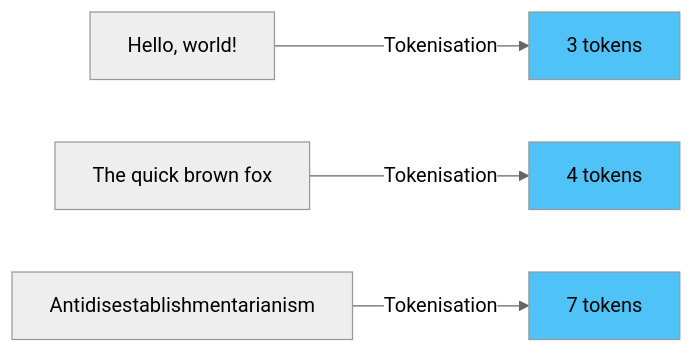
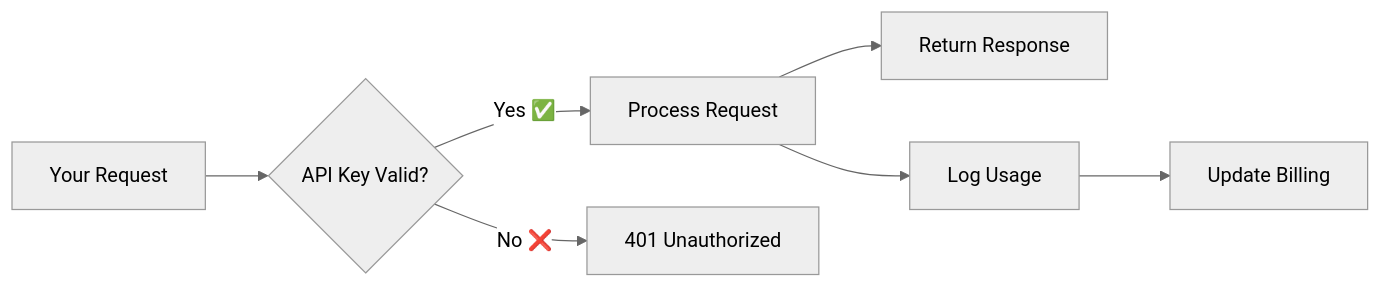
The third of 6 diagrams in public/data/workshops/workshop-02-morning-ai-api-access/01_concepts.md (DreamLab-AI/dreamlab-ai-website), drawn with Mermaid (neutral theme) before and after one commit. The commit also changed other lines of this file and 73 other files, not shown here.

````diff
--- a/public/data/workshops/workshop-02-morning-ai-api-access/01_concepts.md
+++ b/public/data/workshops/workshop-02-morning-ai-api-access/01_concepts.md
@@ -112,10 +116,9 @@
 ```mermaid
 graph LR
-    A["Hello, world!"] -->|Tokenisation| B[3 tokens]
-    C["The quick brown fox"] -->|Tokenisation| D[4 tokens]
-    E["Antidisestablishmentarianism"] -->|Tokenisation| F[7 tokens]
-    
-    style B fill:#4fc3f7
-    style D fill:#4fc3f7
-    style F fill:#4fc3f7
+    A[Your Request] --> B{API Key Valid?}
+    B -->|Yes ✅| C[Process Request]
+    B -->|No ❌| D[401 Unauthorized]
+    C --> E[Return Response]
+    C --> F[Log Usage]
+    F --> G[Update Billing]
 ```
````
